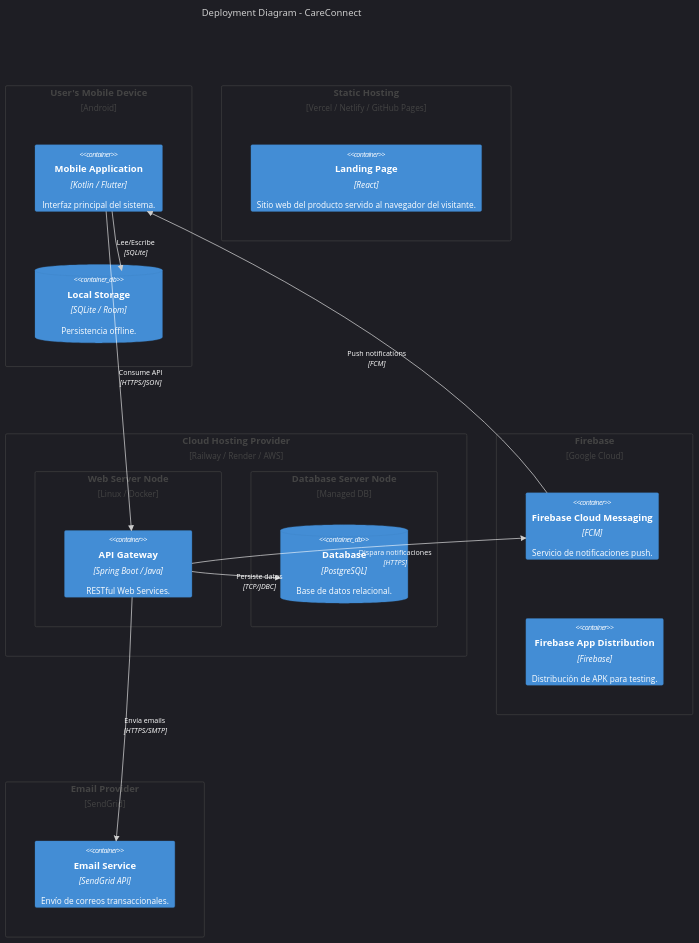
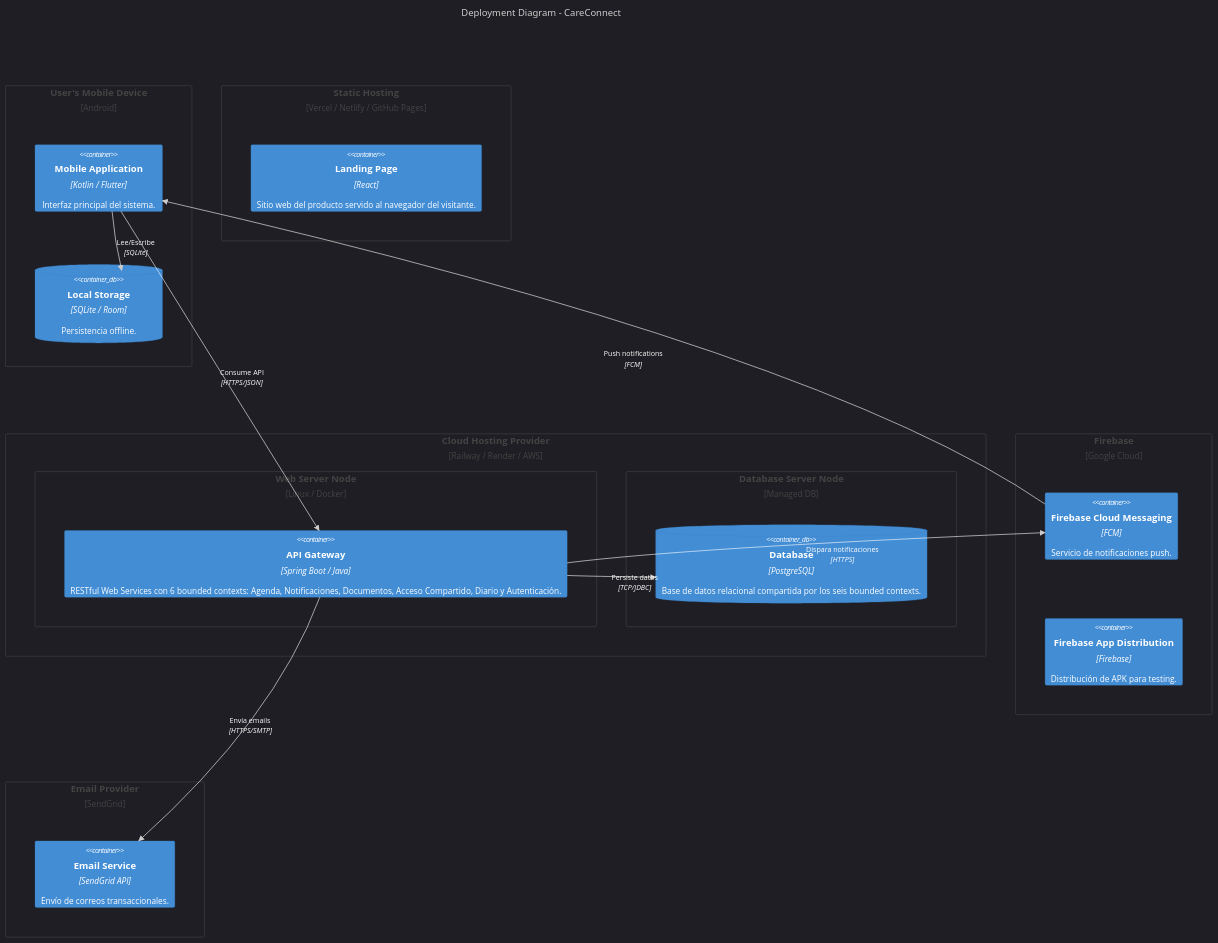
Before and after one commit to CareStacks/Report: the third of 5 diagrams in README.md, drawn with Mermaid. The commit also changed other lines of this file, not shown here.

First line of the commit message:
refactor: reorganize software architecture around 6 bounded contexts

````diff
--- a/README.md
+++ b/README.md
@@ -1126,46 +1178,46 @@
 ```mermaid
 %%{init: {'theme': 'dark'}}%%
 C4Deployment
     title Deployment Diagram - CareConnect
 
     Deployment_Node(userDevice, "User's Mobile Device", "Android") {
         Container(mobileApp, "Mobile Application", "Kotlin / Flutter", "Interfaz principal del sistema.")
         ContainerDb(localStorage, "Local Storage", "SQLite / Room", "Persistencia offline.")
     }
 
     Deployment_Node(staticHost, "Static Hosting", "Vercel / Netlify / GitHub Pages") {
         Container(landingPage, "Landing Page", "React", "Sitio web del producto servido al navegador del visitante.")
     }
 
     Deployment_Node(cloud, "Cloud Hosting Provider", "Railway / Render / AWS") {
         Deployment_Node(webServer, "Web Server Node", "Linux / Docker") {
-            Container(apiServer, "API Gateway", "Spring Boot / Java", "RESTful Web Services.")
+            Container(apiServer, "API Gateway", "Spring Boot / Java", "RESTful Web Services con 6 bounded contexts: Agenda, Notificaciones, Documentos, Acceso Compartido, Diario y Autenticación.")
         }
         Deployment_Node(dbServer, "Database Server Node", "Managed DB") {
-            ContainerDb(database, "Database", "PostgreSQL", "Base de datos relacional.")
+            ContainerDb(database, "Database", "PostgreSQL", "Base de datos relacional compartida por los seis bounded contexts.")
         }
     }
 
     Deployment_Node(firebase, "Firebase", "Google Cloud") {
         Container(fcm, "Firebase Cloud Messaging", "FCM", "Servicio de notificaciones push.")
         Container(appDist, "Firebase App Distribution", "Firebase", "Distribución de APK para testing.")
     }
 
     Deployment_Node(emailProvider, "Email Provider", "SendGrid") {
         Container(emailService, "Email Service", "SendGrid API", "Envío de correos transaccionales.")
     }
 
     Rel(mobileApp, apiServer, "Consume API", "HTTPS/JSON")
     Rel(mobileApp, localStorage, "Lee/Escribe", "SQLite")
     Rel(apiServer, database, "Persiste datos", "TCP/JDBC")
     Rel(apiServer, fcm, "Dispara notificaciones", "HTTPS")
     Rel(apiServer, emailService, "Envía emails", "HTTPS/SMTP")
     Rel(fcm, mobileApp, "Push notifications", "FCM")
 
     UpdateRelStyle(mobileApp, apiServer, $textColor="#ffffff", $lineColor="#ffffff")
     UpdateRelStyle(mobileApp, localStorage, $textColor="#ffffff", $lineColor="#ffffff")
     UpdateRelStyle(apiServer, database, $textColor="#ffffff", $lineColor="#ffffff")
     UpdateRelStyle(apiServer, fcm, $textColor="#ffffff", $lineColor="#ffffff")
     UpdateRelStyle(apiServer, emailService, $textColor="#ffffff", $lineColor="#ffffff")
     UpdateRelStyle(fcm, mobileApp, $textColor="#ffffff", $lineColor="#ffffff")
 ```
````
